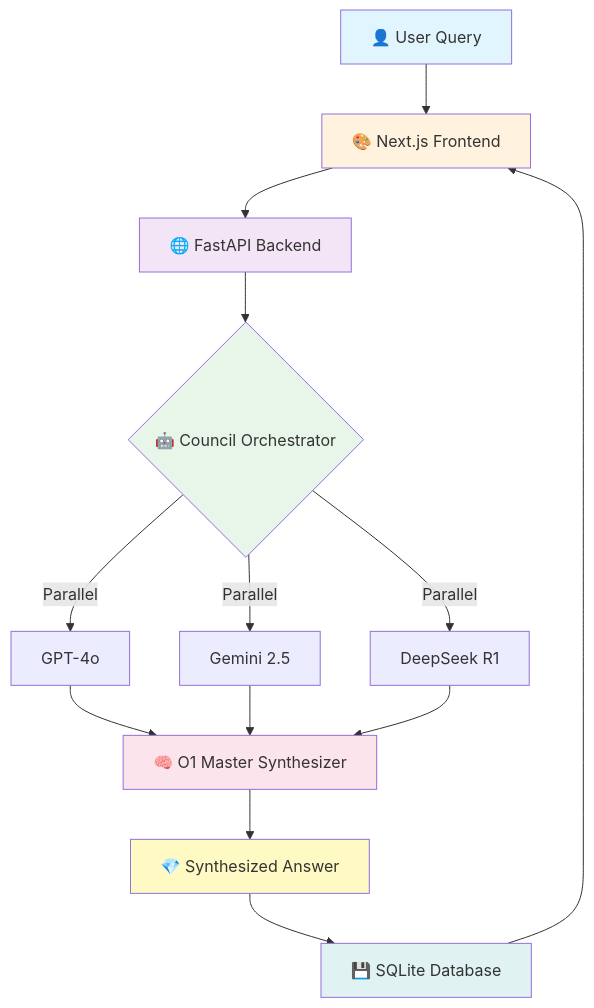
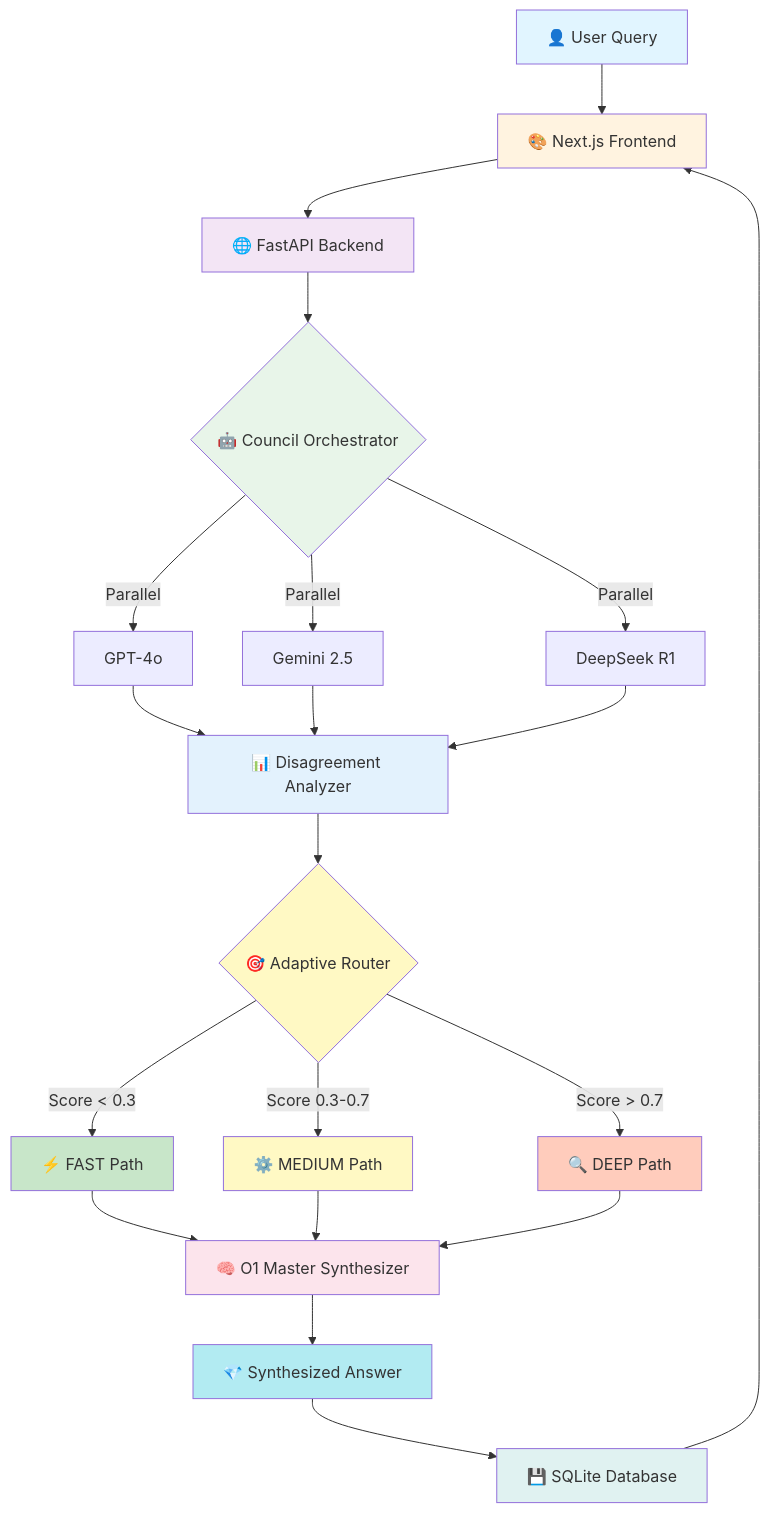
The diagram in README.md (shivangsingh26/llm-council), drawn with Mermaid before and after one commit. The commit also changed other lines of this file and 1 other file, not shown here.

````diff
--- a/README.md
+++ b/README.md
@@ -124,23 +126,35 @@
 ```mermaid
 graph TB
     A[👤 User Query] --> B[🎨 Next.js Frontend]
     B --> C[🌐 FastAPI Backend]
     C --> D{🤖 Council Orchestrator}
     D -->|Parallel| E[GPT-4o]
     D -->|Parallel| F[Gemini 2.5]
     D -->|Parallel| G[DeepSeek R1]
-    E --> H[🧠 O1 Master Synthesizer]
+    E --> H[📊 Disagreement Analyzer]
     F --> H
     G --> H
-    H --> I[💎 Synthesized Answer]
-    I --> J[💾 SQLite Database]
-    J --> B
+    H --> I{🎯 Adaptive Router}
+    I -->|Score < 0.3| J[⚡ FAST Path]
+    I -->|Score 0.3-0.7| K[⚙️ MEDIUM Path]
+    I -->|Score > 0.7| L[🔍 DEEP Path]
+    J --> M[🧠 O1 Master Synthesizer]
+    K --> M
+    L --> M
+    M --> N[💎 Synthesized Answer]
+    N --> O[💾 SQLite Database]
+    O --> B
 
     style A fill:#e1f5ff
     style B fill:#fff3e0
     style C fill:#f3e5f5
     style D fill:#e8f5e9
-    style H fill:#fce4ec
+    style H fill:#e3f2fd
     style I fill:#fff9c4
-    style J fill:#e0f2f1
+    style J fill:#c8e6c9
+    style K fill:#fff9c4
+    style L fill:#ffccbc
+    style M fill:#fce4ec
+    style N fill:#b2ebf2
+    style O fill:#e0f2f1
 ```
````
